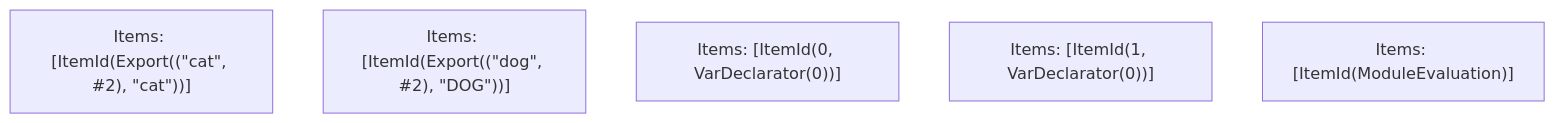
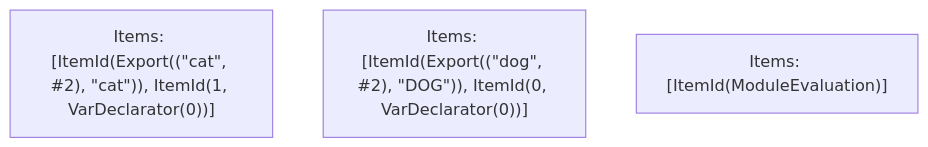
The fifth of 5 diagrams in turbopack/crates/turbopack-ecmascript/tests/tree-shaker/analyzer/multi-export/output.md (Sonar-UX-Testing-FreePlan/next.js), drawn with Mermaid before and after one commit. The commit also changed other lines of this file and 38 other files, not shown here.

````diff
--- a/turbopack/crates/turbopack-ecmascript/tests/tree-shaker/analyzer/multi-export/output.md
+++ b/turbopack/crates/turbopack-ecmascript/tests/tree-shaker/analyzer/multi-export/output.md
@@ -80,8 +80,6 @@
 ```mermaid
 graph TD
-    N0["Items: [ItemId(Export((&quot;cat&quot;, #2), &quot;cat&quot;))]"];
-    N1["Items: [ItemId(Export((&quot;dog&quot;, #2), &quot;DOG&quot;))]"];
-    N2["Items: [ItemId(0, VarDeclarator(0))]"];
-    N3["Items: [ItemId(1, VarDeclarator(0))]"];
-    N4["Items: [ItemId(ModuleEvaluation)]"];
+    N0["Items: [ItemId(Export((&quot;cat&quot;, #2), &quot;cat&quot;)), ItemId(1, VarDeclarator(0))]"];
+    N1["Items: [ItemId(Export((&quot;dog&quot;, #2), &quot;DOG&quot;)), ItemId(0, VarDeclarator(0))]"];
+    N2["Items: [ItemId(ModuleEvaluation)]"];
 ```
````
